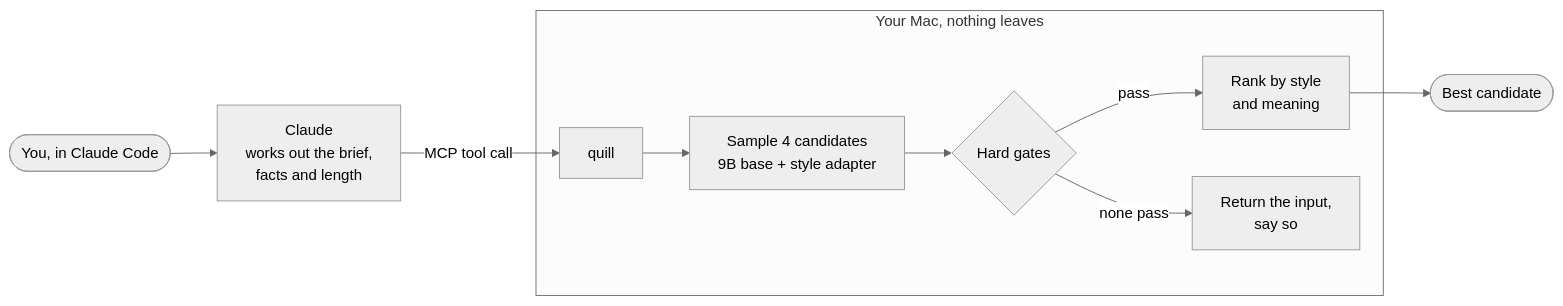
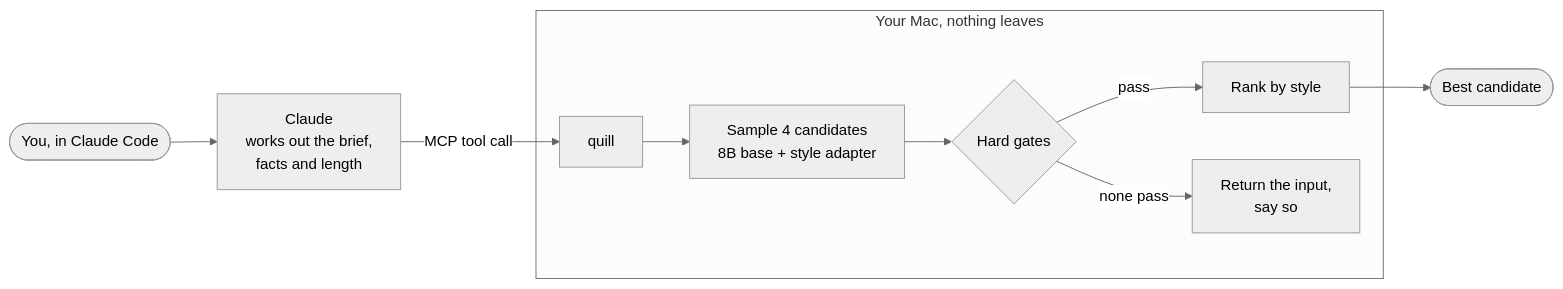
Before and after one commit to anatu/quill: the first of 2 diagrams in README.md, drawn with Mermaid (neutral theme). The commit also changed other lines of this file and 9 other files, not shown here.

First line of the commit message:
README rewrite with a slop-vs-human example and two charts; s2m recall probe

````diff
--- a/README.md
+++ b/README.md
@@ -44,12 +100,12 @@
 ```mermaid
 flowchart LR
     U([You, in Claude Code]) --> C[Claude<br/>works out the brief,<br/>facts and length]
     C -->|MCP tool call| Q[quill]
     subgraph Mac [Your Mac, nothing leaves]
-        Q --> S[Sample 4 candidates<br/>9B base + style adapter]
+        Q --> S[Sample 4 candidates<br/>8B base + style adapter]
         S --> G{Hard gates}
-        G -->|pass| R[Rank by style<br/>and meaning]
+        G -->|pass| R[Rank by style]
         G -->|none pass| F[Return the input,<br/>say so]
     end
     R --> O([Best candidate])
 ```
````
